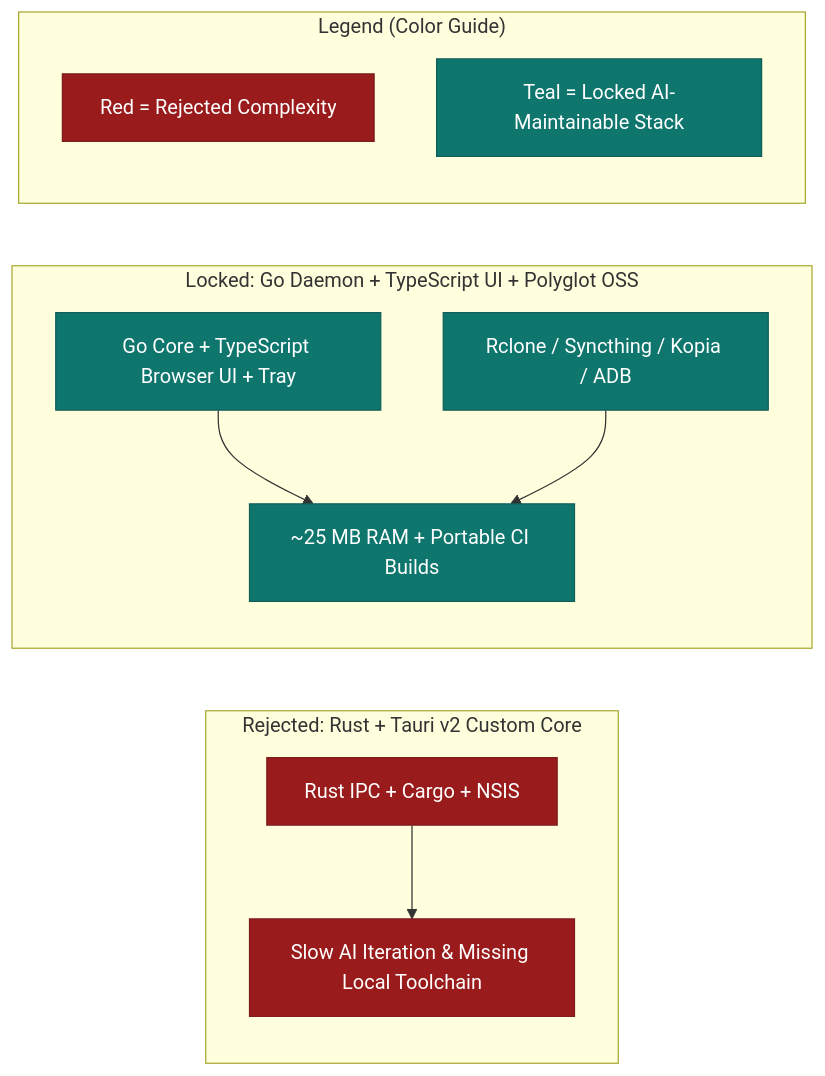
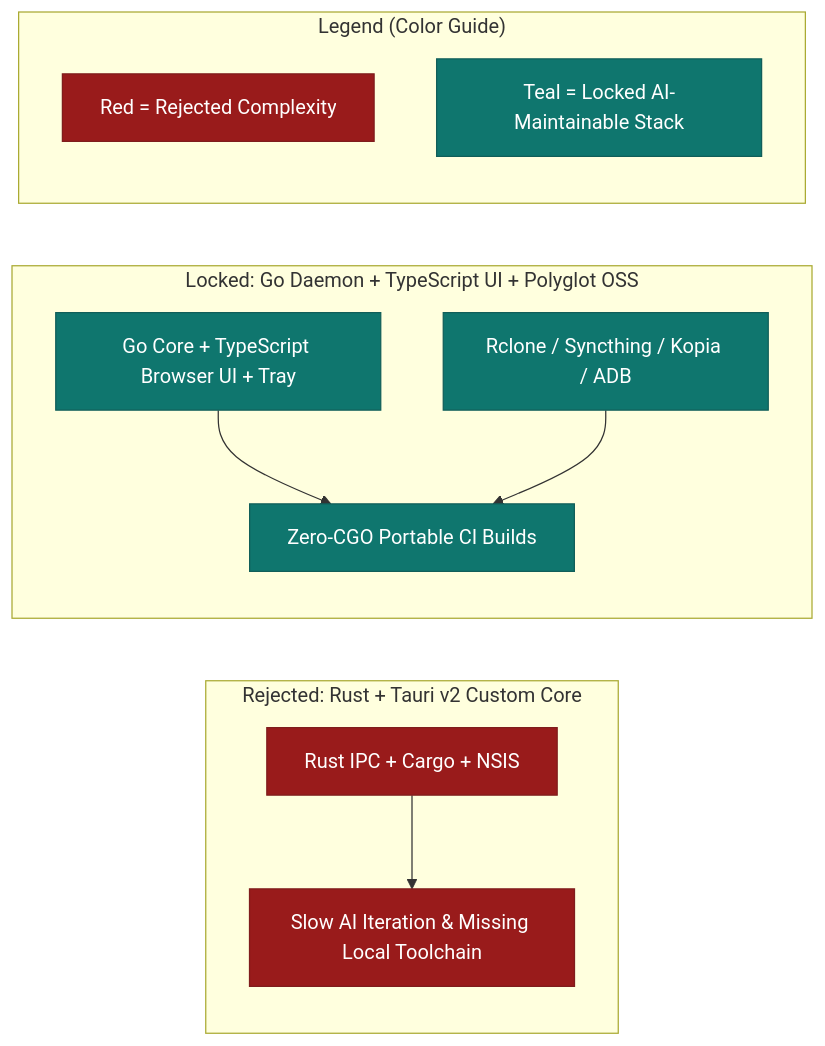
The diagram in docs/DECISIONS_AND_TRAPS.md (Mostakim2005/cloud-manager), drawn with Mermaid before and after one commit. The commit also changed other lines of this file and 72 other files, not shown here.

````diff
--- a/docs/DECISIONS_AND_TRAPS.md
+++ b/docs/DECISIONS_AND_TRAPS.md
@@ -15,18 +15,18 @@
 ```mermaid
 flowchart LR
     classDef badNode fill:#991b1b,stroke:#7f1d1d,color:#ffffff
     classDef goodNode fill:#0f766e,stroke:#115e59,color:#ffffff
 
     subgraph Failed["Rejected: Rust + Tauri v2 Custom Core"]
         A1["Rust IPC + Cargo + NSIS"]:::badNode --> A2["Slow AI Iteration & Missing Local Toolchain"]:::badNode
     end
     subgraph Active["Locked: Go Daemon + TypeScript UI + Polyglot OSS"]
-        B1["Go Core + TypeScript Browser UI + Tray"]:::goodNode --> B2["~25 MB RAM + Portable CI Builds"]:::goodNode
+        B1["Go Core + TypeScript Browser UI + Tray"]:::goodNode --> B2["Zero-CGO Portable CI Builds"]:::goodNode
         B3["Rclone / Syncthing / Kopia / ADB"]:::goodNode --> B2
     end
 
     subgraph Legend["Legend (Color Guide)"]
         L1["Red = Rejected Complexity"]:::badNode
         L2["Teal = Locked AI-Maintainable Stack"]:::goodNode
     end
 ```
````
